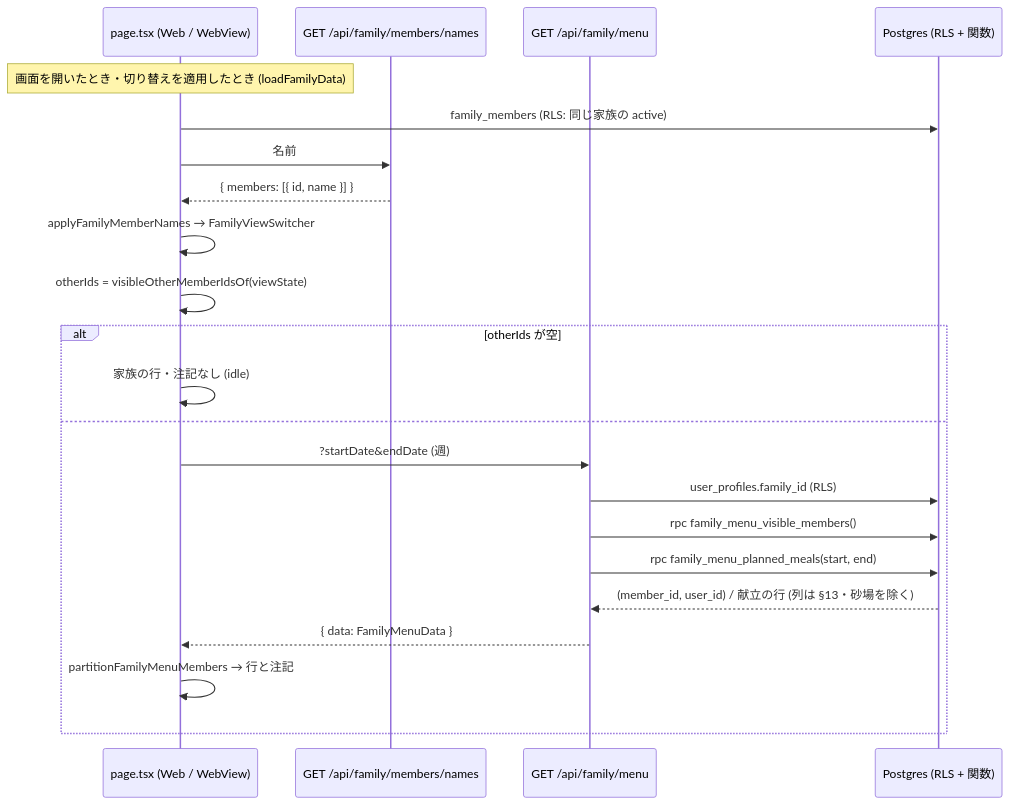
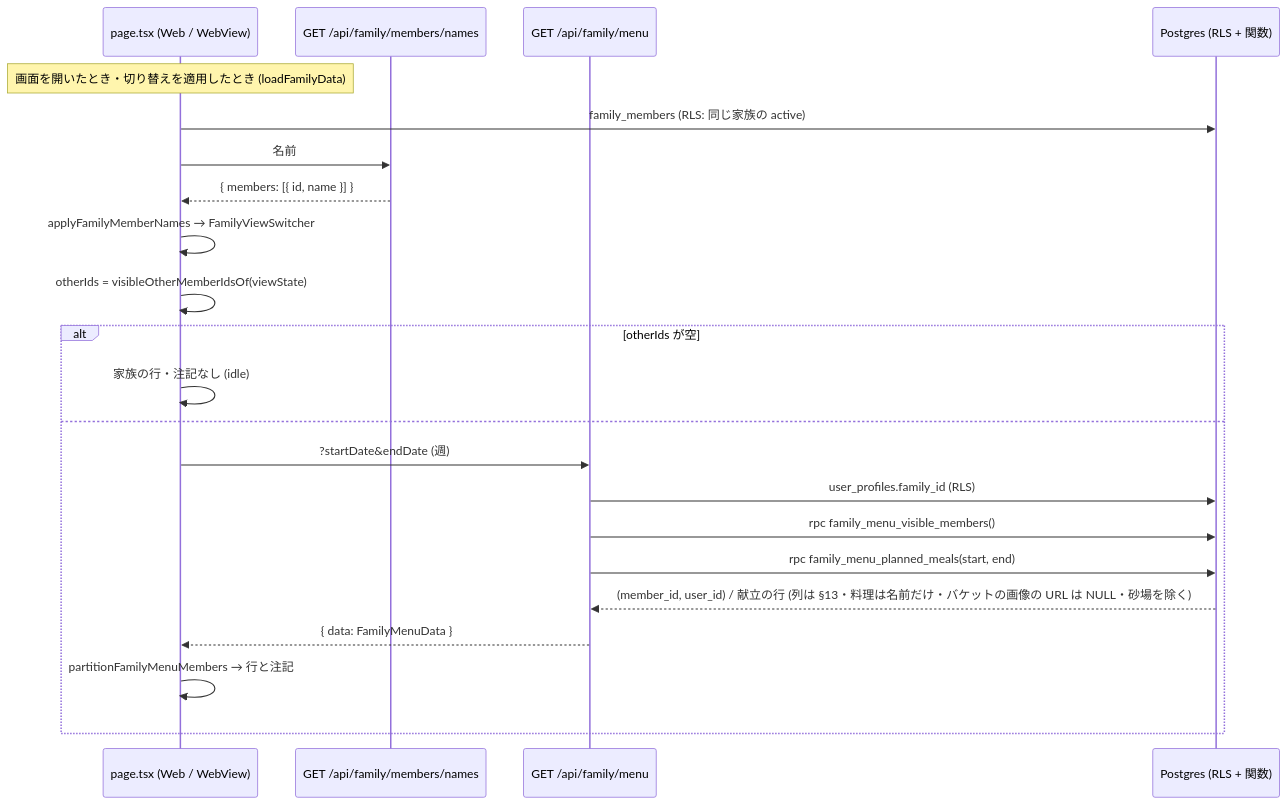
One commit to DaisukeHori/homegohan-app changed the diagram in docs/design/family/10-family-menu-view.md. Above: the diagram before and after it, drawn with Mermaid. The commit also changed other lines of this file, not shown here.

````diff
--- a/docs/design/family/10-family-menu-view.md
+++ b/docs/design/family/10-family-menu-view.md
@@ -1029,24 +1046,24 @@
 ```mermaid
 sequenceDiagram
   participant P as page.tsx (Web / WebView)
   participant N as GET /api/family/members/names
   participant M as GET /api/family/menu
   participant DB as Postgres (RLS + 関数)
   Note over P: 画面を開いたとき・切り替えを適用したとき (loadFamilyData)
   P->>DB: family_members (RLS: 同じ家族の active)
   P->>N: 名前
   N-->>P: { members: [{ id, name }] }
   P->>P: applyFamilyMemberNames → FamilyViewSwitcher
   P->>P: otherIds = visibleOtherMemberIdsOf(viewState)
   alt otherIds が空
     P->>P: 家族の行・注記なし (idle)
   else
     P->>M: ?startDate&endDate (週)
     M->>DB: user_profiles.family_id (RLS)
     M->>DB: rpc family_menu_visible_members()
     M->>DB: rpc family_menu_planned_meals(start, end)
-    DB-->>M: (member_id, user_id) / 献立の行 (列は §13・砂場を除く)
+    DB-->>M: (member_id, user_id) / 献立の行 (列は §13・料理は名前だけ・バケットの画像の URL は NULL・砂場を除く)
     M-->>P: { data: FamilyMenuData }
     P->>P: partitionFamilyMenuMembers → 行と注記
   end
 ```
````
